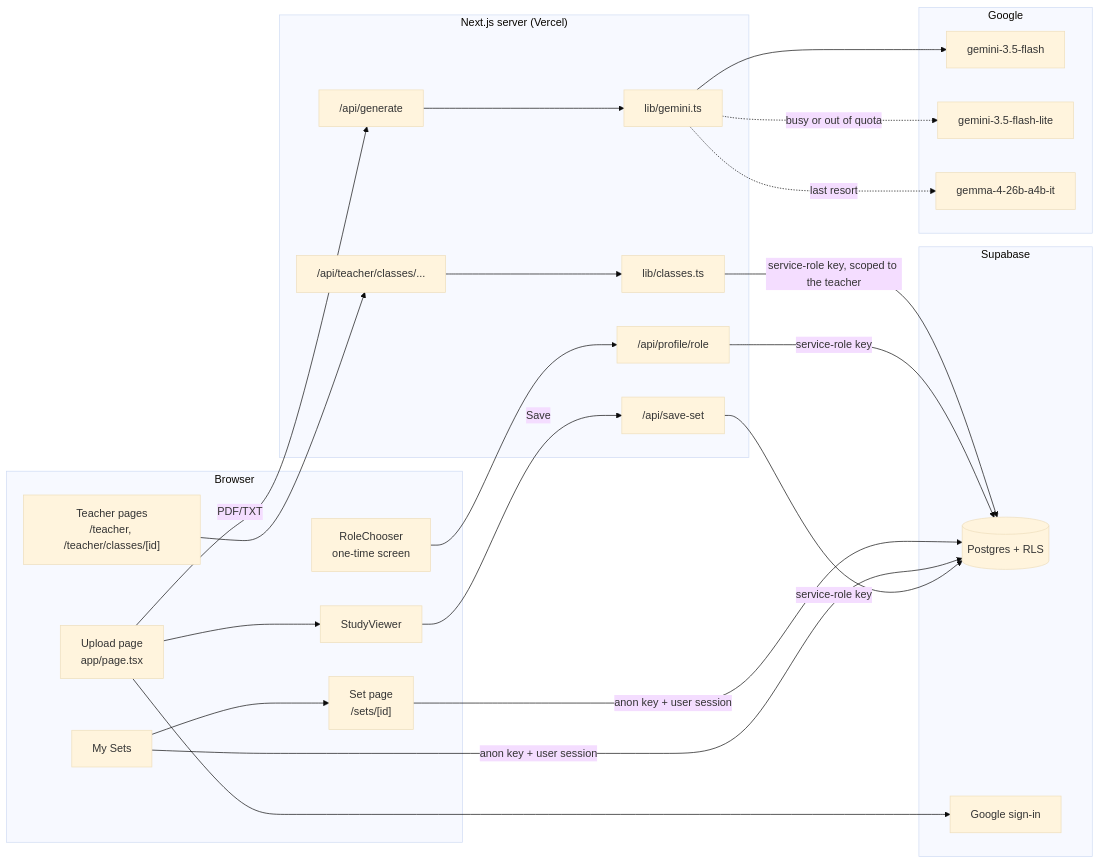
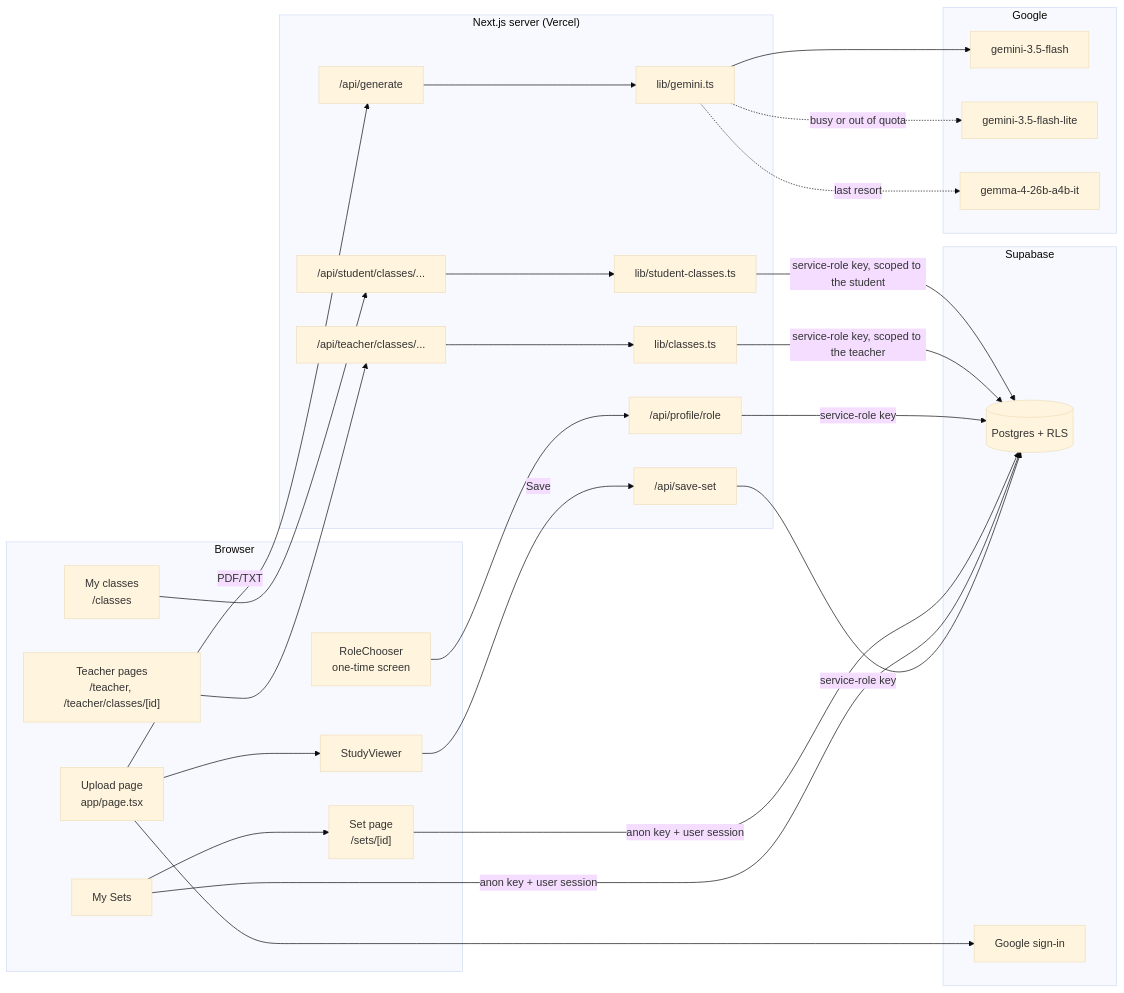
The diagram in docs/ARCHITECTURE.md (GABRIEL-CSTND/FlashForge), drawn with Mermaid (base theme) before and after one commit. The commit also changed other lines of this file and 18 other files, not shown here.

````diff
--- a/docs/ARCHITECTURE.md
+++ b/docs/ARCHITECTURE.md
@@ -8,32 +8,36 @@
 ```mermaid
 flowchart LR
   subgraph Browser
     U[Upload page<br/>app/page.tsx] --> SV[StudyViewer]
     MS[My Sets] --> SP["Set page<br/>/sets/[id]"]
     RC[RoleChooser<br/>one-time screen]
     T["Teacher pages<br/>/teacher, /teacher/classes/[id]"]
+    MC["My classes<br/>/classes"]
   end
   subgraph "Next.js server (Vercel)"
     G["/api/generate"] --> AI[lib/gemini.ts]
     S["/api/save-set"]
     R["/api/profile/role"]
     TC["/api/teacher/classes/..."] --> CL[lib/classes.ts]
+    SC["/api/student/classes/..."] --> SCL[lib/student-classes.ts]
   end
   subgraph Google
     AI --> M1[gemini-3.5-flash]
     AI -.->|busy or out of quota| M2[gemini-3.5-flash-lite]
     AI -.->|last resort| M3[gemma-4-26b-a4b-it]
   end
   subgraph Supabase
     DB[(Postgres + RLS)]
     AUTH[Google sign-in]
   end
   U -->|PDF/TXT| G
   SV -->|Save| S -->|service-role key| DB
   MS -->|anon key + user session| DB
   SP -->|anon key + user session| DB
   U --> AUTH
   RC --> R -->|service-role key| DB
   T --> TC
   CL -->|service-role key, scoped to the teacher| DB
+  MC --> SC
+  SCL -->|service-role key, scoped to the student| DB
 ```
````
